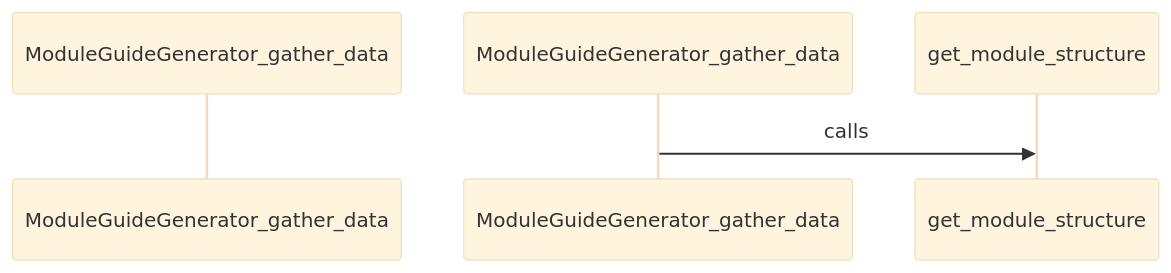
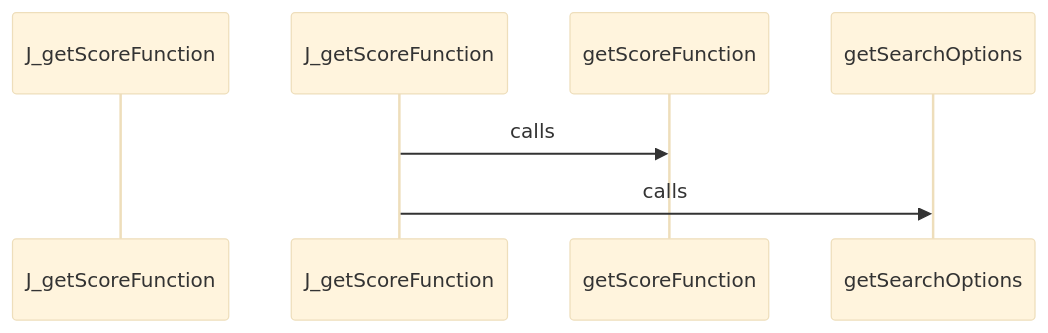
Before and after one commit to hazalkoom/DECODEx01: diagram 19 of 26 in docs/CALL_FLOW.md, drawn with Mermaid (base theme). The commit also changed other lines of this file and 15 other files, not shown here.

Commit message:
feat: NLG phases 2-4 - API scanner, few-shot schema, and story generator

````diff
--- a/docs/CALL_FLOW.md
+++ b/docs/CALL_FLOW.md
@@ -681,9 +745,13 @@
 ```mermaid
 sequenceDiagram
-    participant Start as ModuleGuideGenerator_gather_data
+    participant Start as J_getScoreFunction
 
 
-    ModuleGuideGenerator_gather_data->>get_module_structure: calls
+    J_getScoreFunction->>getScoreFunction: calls
+
+
+
+    J_getScoreFunction->>getSearchOptions: calls
 
 
 ```
````
